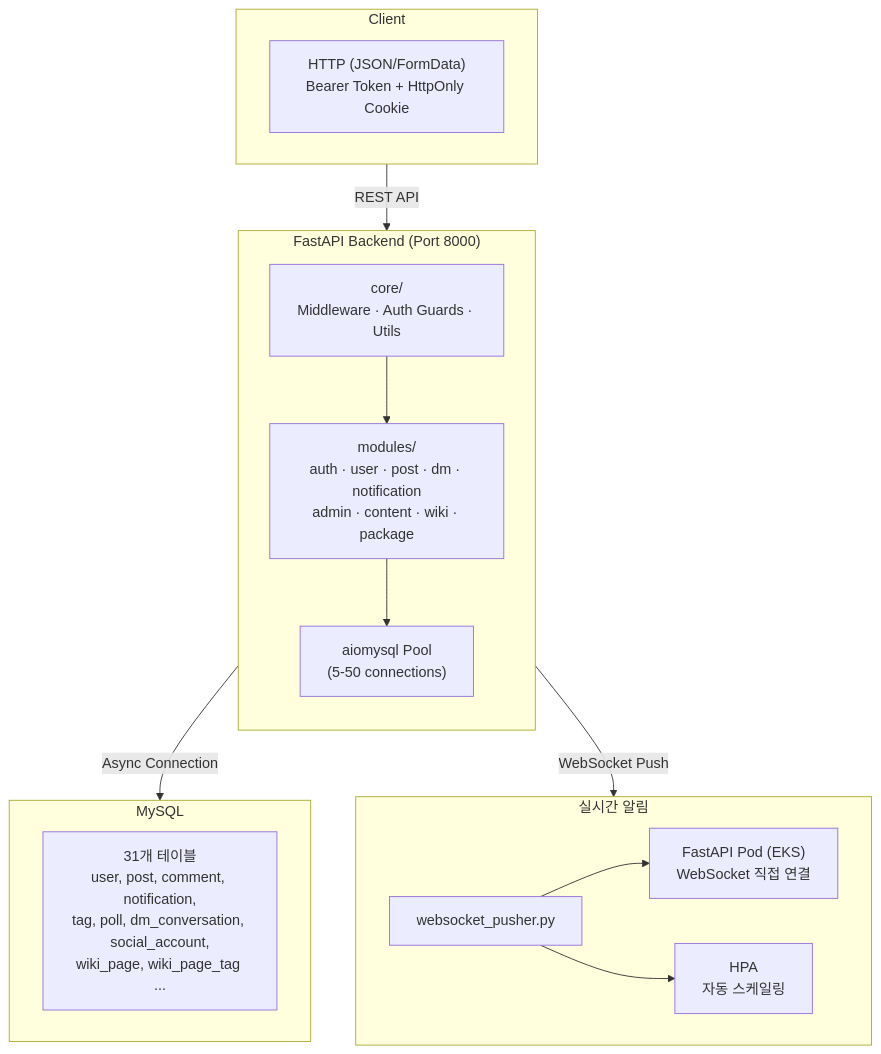
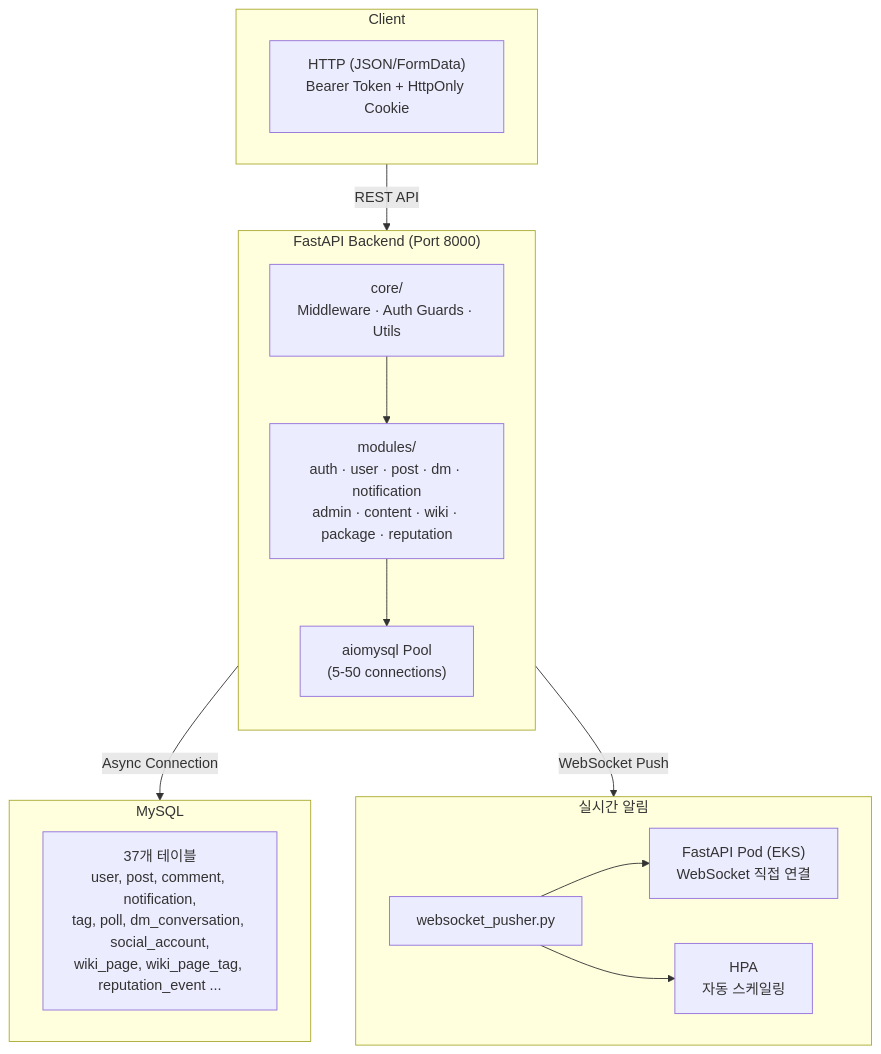
The first of 5 diagrams in README.md (80-hours-a-week/2-cho-community-be), drawn with Mermaid before and after one commit. The commit also changed other lines of this file, not shown here.

First line of the commit message:
docs: 평판 시스템 추가에 따른 테이블 수 + ERD 갱신 (37개)

````diff
--- a/README.md
+++ b/README.md
@@ -23,30 +24,30 @@
 ```mermaid
 flowchart TD
     subgraph Client["Client"]
         FE["HTTP (JSON/FormData)<br/>Bearer Token + HttpOnly Cookie"]
     end
 
     Client -->|"REST API"| Backend
 
     subgraph Backend["FastAPI Backend (Port 8000)"]
         direction TB
         Core["core/<br/>Middleware · Auth Guards · Utils"]
         Core --> Modules
-        Modules["modules/<br/>auth · user · post · dm · notification<br/>admin · content · wiki · package"]
+        Modules["modules/<br/>auth · user · post · dm · notification<br/>admin · content · wiki · package · reputation"]
         Modules --> Pool["aiomysql Pool<br/>(5-50 connections)"]
     end
 
     Backend -->|"Async Connection"| DB
 
     subgraph DB["MySQL"]
-        Tables["31개 테이블<br/>user, post, comment, notification,<br/>tag, poll, dm_conversation, social_account,<br/>wiki_page, wiki_page_tag ..."]
+        Tables["37개 테이블<br/>user, post, comment, notification,<br/>tag, poll, dm_conversation, social_account,<br/>wiki_page, wiki_page_tag, reputation_event ..."]
     end
 
     Backend -->|"WebSocket Push"| WS
 
     subgraph WS["실시간 알림"]
         Pusher["websocket_pusher.py"]
         Pusher --> K8sPod["FastAPI Pod (EKS)<br/>WebSocket 직접 연결"]
         Pusher --> HPA["HPA<br/>자동 스케일링"]
     end
 ```
````
